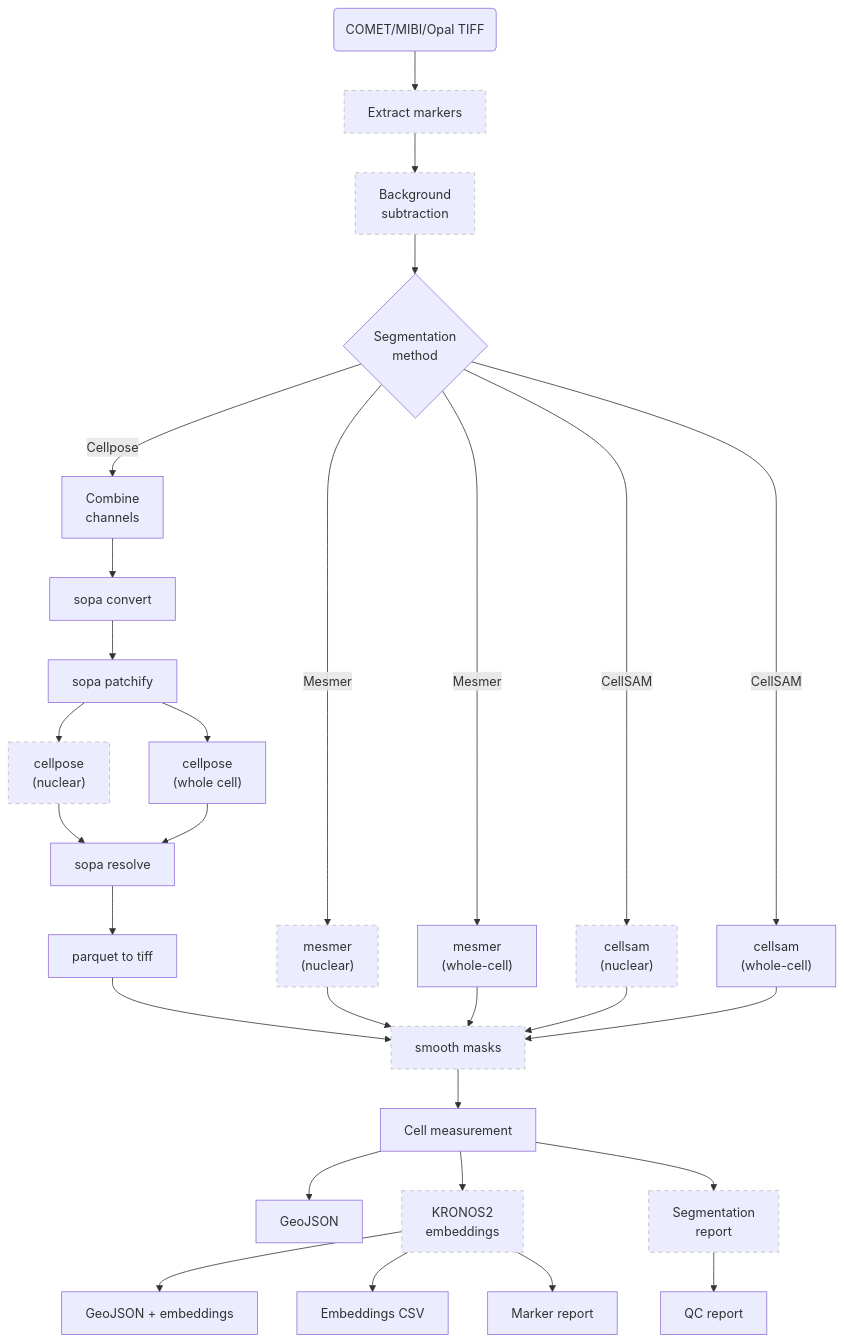
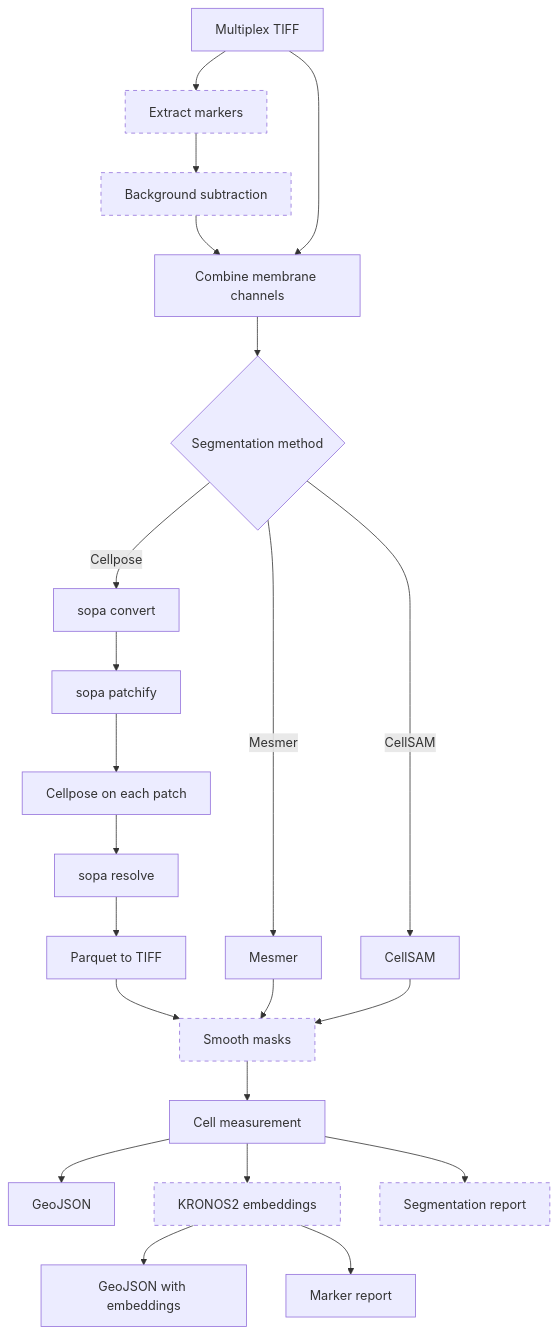
One commit to WEHI-SODA-Hub/sp_segment changed the diagram in README.md. Above: the diagram before and after it, drawn with Mermaid. The commit also changed other lines of this file and 2 other files, not shown here.

````diff
--- a/README.md
+++ b/README.md
@@ -35,57 +32,34 @@
 ```mermaid
 flowchart TD
-  input_multi("COMET/MIBI/Opal TIFF") --> extract["Extract markers"]
-  extract --> bgsub["Background
-          subtraction"]
-  bgsub --> choose{"Segmentation
-                   method"}
-  style extract stroke:#bbb,stroke-dasharray: 5 5
-  style bgsub stroke:#bbb,stroke-dasharray: 5 5
+  input["Multiplex TIFF"] --> extract["Extract markers"]
+  extract --> bgsub["Background subtraction"]
+  bgsub --> combine["Combine membrane channels"]
+  input --> combine
+  combine --> choose{"Segmentation method"}
 
-  choose -- Cellpose --> combine["Combine
-                                 channels"]
+  choose -- Cellpose --> convert["sopa convert"]
+  convert --> patchify["sopa patchify"]
+  patchify --> cellpose["Cellpose on each patch"]
+  cellpose --> resolve["sopa resolve"]
+  resolve --> totiff["Parquet to TIFF"]
+  totiff --> smooth["Smooth masks"]
 
-  combine --> convert["sopa convert"]
-  convert --> patchify["sopa patchify"]
-  patchify --> cp_nuc["cellpose
-                      (nuclear)"]
-  patchify --> cp_wc["cellpose
-                     (whole cell)"]
-  cp_nuc --> resolve["sopa resolve"]
-  style cp_nuc stroke:#bbb,stroke-dasharray: 5 5
-  cp_wc --> resolve
-  resolve --> parquet2tiff["parquet to tiff"]
-  parquet2tiff --> smooth["smooth masks"]
+  choose -- Mesmer --> mesmer["Mesmer"]
+  mesmer --> smooth
+
+  choose -- CellSAM --> cellsam["CellSAM"]
+  cellsam --> smooth
+
   smooth --> measure["Cell measurement"]
-  style smooth stroke:#bbb,stroke-dasharray: 5 5
+  measure --> geojson["GeoJSON"]
+  measure --> kronos["KRONOS2 embeddings"]
+  kronos --> kgeojson["GeoJSON with embeddings"]
+  kronos --> markers["Marker report"]
+  measure --> report["Segmentation report"]
 
-  choose -- Mesmer --> mesmer_nuc["mesmer
-                                 (nuclear)"]
-  choose -- Mesmer --> mesmer_wc["mesmer
-                                 (whole-cell)"]
-  style mesmer_nuc stroke:#bbb,stroke-dasharray: 5 5
-  mesmer_nuc --> smooth
-  mesmer_wc --> smooth
-
-  choose -- CellSAM --> cs_nuc["cellsam
-                               (nuclear)"]
-  choose -- CellSAM --> cs_wc["cellsam
-                              (whole-cell)"]
-  style cs_nuc stroke:#bbb,stroke-dasharray: 5 5
-  cs_nuc --> smooth
-  cs_wc --> smooth
-
-  style smooth stroke:#bbb,stroke-dasharray: 5 5
-  measure --> geojson["GeoJSON"]
-  measure --> embeddings["KRONOS2
-                         embeddings"]
-  embeddings --> merged_geojson["GeoJSON + embeddings"]
-  embeddings --> csv["Embeddings CSV"]
-  embeddings --> marker_report["Marker report"]
-  style embeddings stroke:#bbb,stroke-dasharray: 5 5
-
-  measure --> seg_report["Segmentation
-                            report"]
-  style seg_report stroke:#bbb,stroke-dasharray: 5 5
-  seg_report --> report["QC report"]
+  style extract stroke-dasharray: 5 5
+  style bgsub stroke-dasharray: 5 5
+  style smooth stroke-dasharray: 5 5
+  style kronos stroke-dasharray: 5 5
+  style report stroke-dasharray: 5 5
 ```
````
